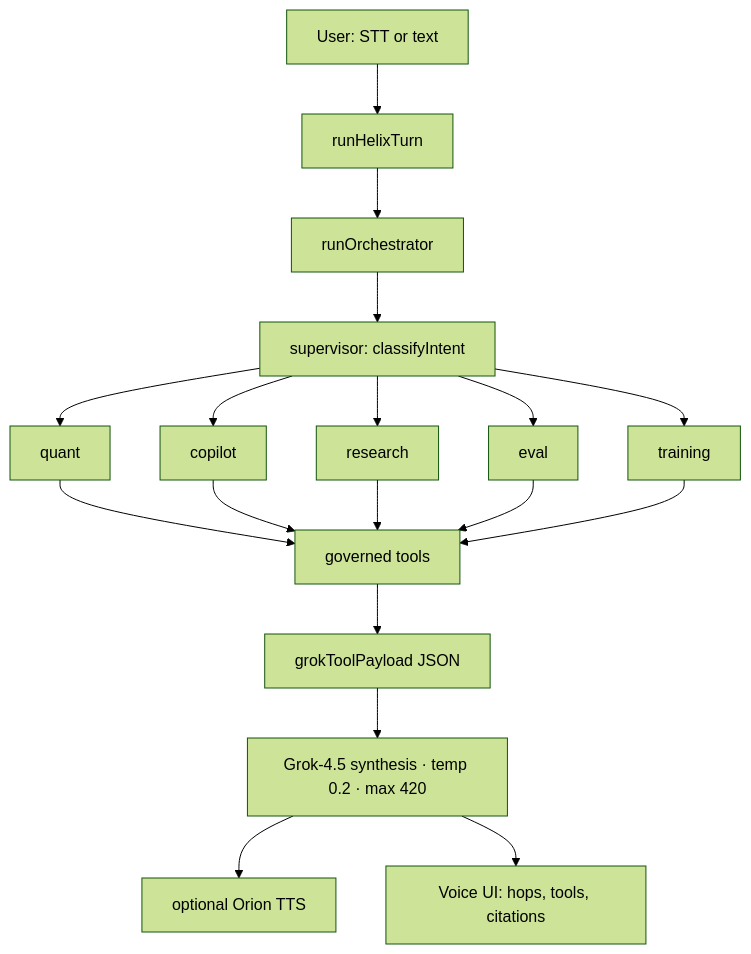
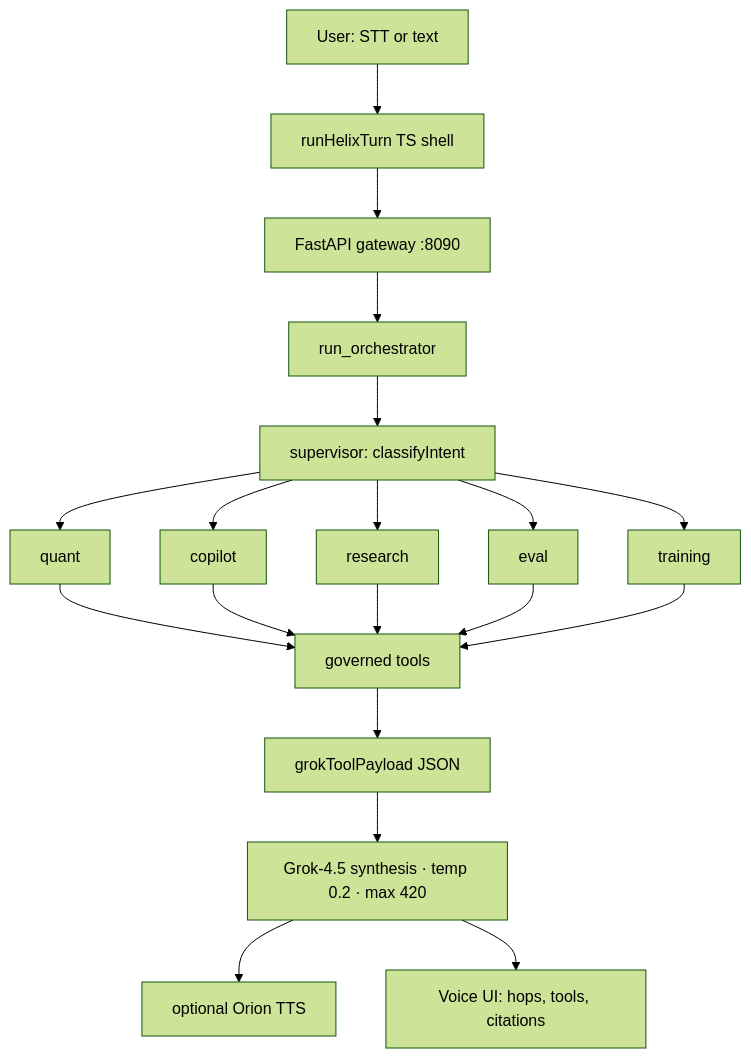
Before and after one commit to OlegUnreal/voice-agent-orchestration: the first of 2 diagrams in README.md, drawn with Mermaid (forest theme). The commit also changed other lines of this file and 34 other files, not shown here.

First line of the commit message:
feat: move engines to Python FastAPI (Pydantic, pandas, sklearn)

````diff
--- a/README.md
+++ b/README.md
@@ -13,20 +36,21 @@
 ```mermaid
 flowchart TD
-  U["User: STT or text"] --> SF["runHelixTurn"]
-  SF --> ORC["runOrchestrator"]
+  U["User: STT or text"] --> SF["runHelixTurn TS shell"]
+  SF --> GW["FastAPI gateway :8090"]
+  GW --> ORC["run_orchestrator"]
   ORC --> SUP["supervisor: classifyIntent"]
   SUP --> Q["quant"]
   SUP --> C["copilot"]
   SUP --> R["research"]
   SUP --> E["eval"]
   SUP --> T["training"]
   Q --> TOOLS["governed tools"]
   C --> TOOLS
   R --> TOOLS
   E --> TOOLS
   T --> TOOLS
   TOOLS --> PAY["grokToolPayload JSON"]
   PAY --> GROK["Grok-4.5 synthesis · temp 0.2 · max 420"]
   GROK --> TTS["optional Orion TTS"]
   GROK --> UI["Voice UI: hops, tools, citations"]
 ```
````
